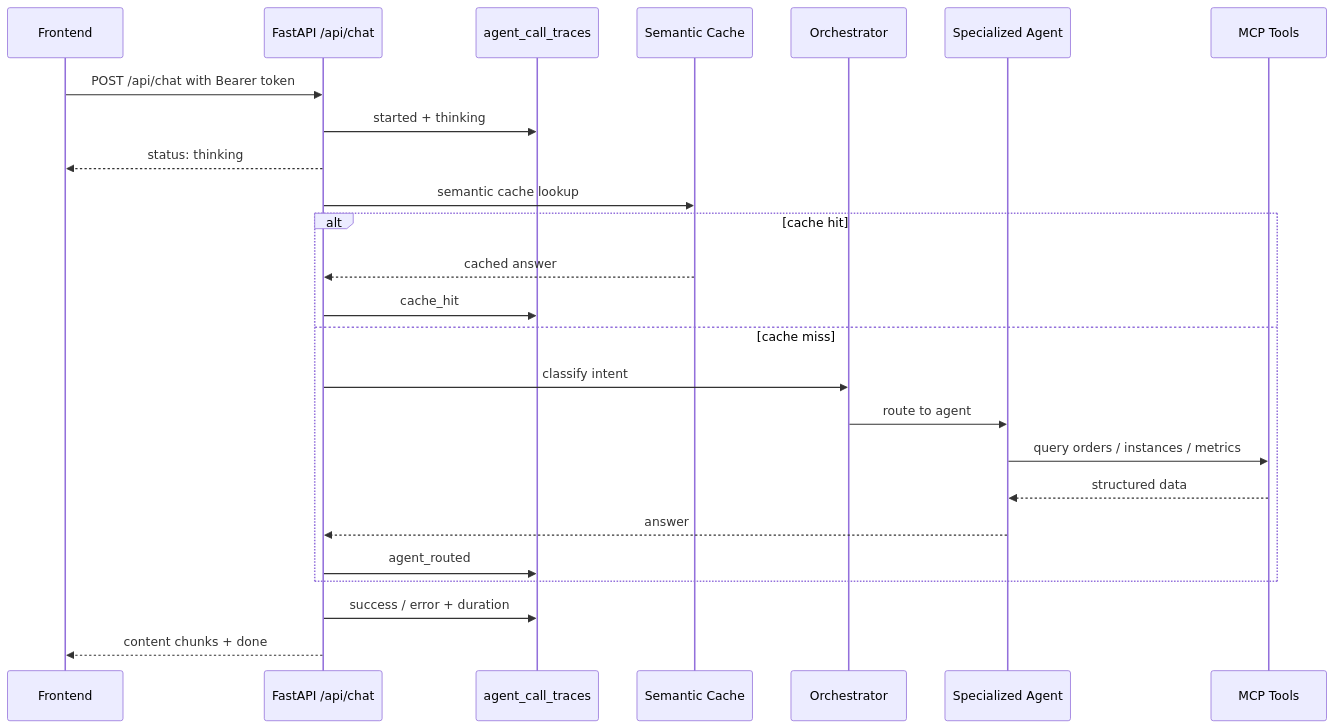
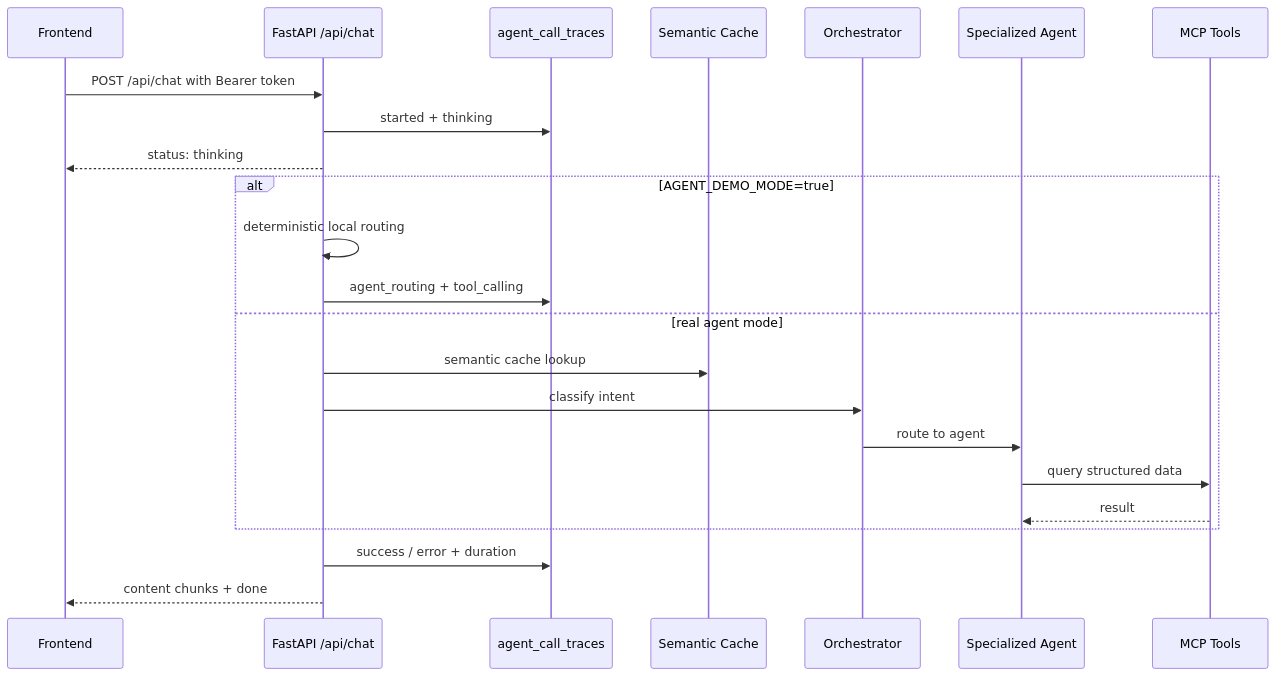
Before and after one commit to Mrlfighting/cloudagent: the second of 2 diagrams in README.md, drawn with Mermaid. The commit also changed other lines of this file and 1 other file, not shown here.

Commit message:
docs: document demo mode traces and evals

````diff
--- a/README.md
+++ b/README.md
@@ -52,28 +48,26 @@
 ```mermaid
 sequenceDiagram
   participant FE as Frontend
   participant API as FastAPI /api/chat
   participant Trace as agent_call_traces
   participant Cache as Semantic Cache
   participant Orchestrator as Orchestrator
   participant Agent as Specialized Agent
   participant Tool as MCP Tools
 
   FE->>API: POST /api/chat with Bearer token
   API->>Trace: started + thinking
   API-->>FE: status: thinking
-  API->>Cache: semantic cache lookup
-  alt cache hit
-    Cache-->>API: cached answer
-    API->>Trace: cache_hit
-  else cache miss
+  alt AGENT_DEMO_MODE=true
+    API->>API: deterministic local routing
+    API->>Trace: agent_routing + tool_calling
+  else real agent mode
+    API->>Cache: semantic cache lookup
     API->>Orchestrator: classify intent
     Orchestrator->>Agent: route to agent
-    Agent->>Tool: query orders / instances / metrics
-    Tool-->>Agent: structured data
-    Agent-->>API: answer
-    API->>Trace: agent_routed
+    Agent->>Tool: query structured data
+    Tool-->>Agent: result
   end
   API->>Trace: success / error + duration
   API-->>FE: content chunks + done
 ```
````
